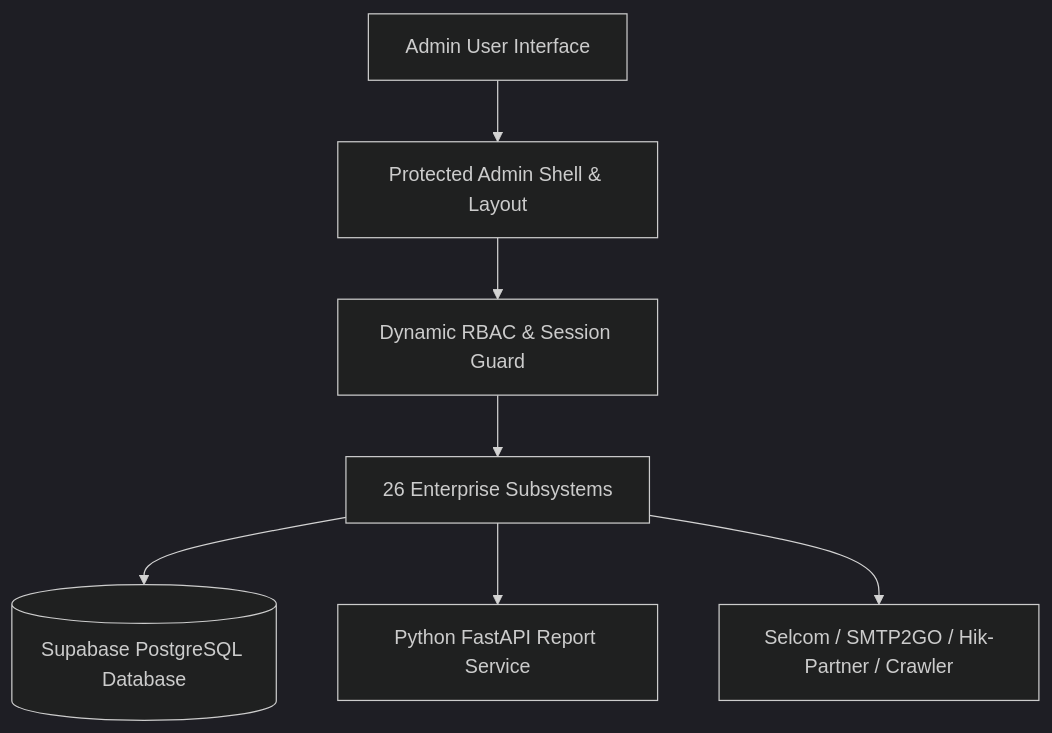
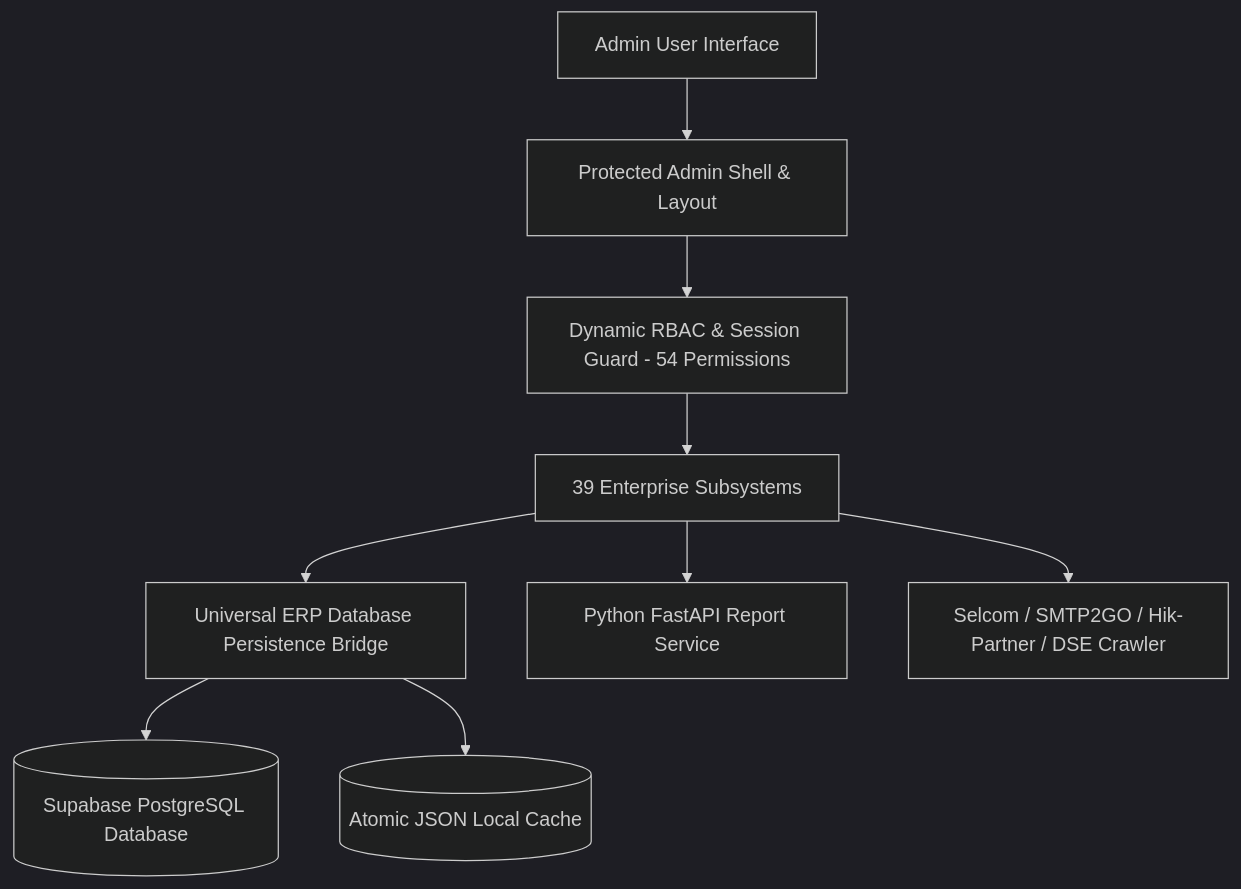
The first of 2 diagrams in ADMIN_DASHBOARD_AUDIT.md (quardcubelabs/quardcubelabs), drawn with Mermaid (dark theme) before and after one commit. The commit also changed other lines of this file and 19 other files, not shown here.

````diff
--- a/ADMIN_DASHBOARD_AUDIT.md
+++ b/ADMIN_DASHBOARD_AUDIT.md
@@ -14,9 +14,11 @@
 ```mermaid
 graph TD
     Client[Admin User Interface] --> Shell[Protected Admin Shell & Layout]
-    Shell --> RBAC[Dynamic RBAC & Session Guard]
-    RBAC --> CoreModules[26 Enterprise Subsystems]
-    CoreModules --> DB[(Supabase PostgreSQL Database)]
+    Shell --> RBAC[Dynamic RBAC & Session Guard - 54 Permissions]
+    RBAC --> CoreModules[39 Enterprise Subsystems]
+    CoreModules --> ERPBridge[Universal ERP Database Persistence Bridge]
+    ERPBridge --> DB[(Supabase PostgreSQL Database)]
+    ERPBridge --> Cache[(Atomic JSON Local Cache)]
     CoreModules --> PyService[Python FastAPI Report Service]
-    CoreModules --> ExternalAPIs[Selcom / SMTP2GO / Hik-Partner / Crawler]
+    CoreModules --> ExternalAPIs[Selcom / SMTP2GO / Hik-Partner / DSE Crawler]
 ```
````
